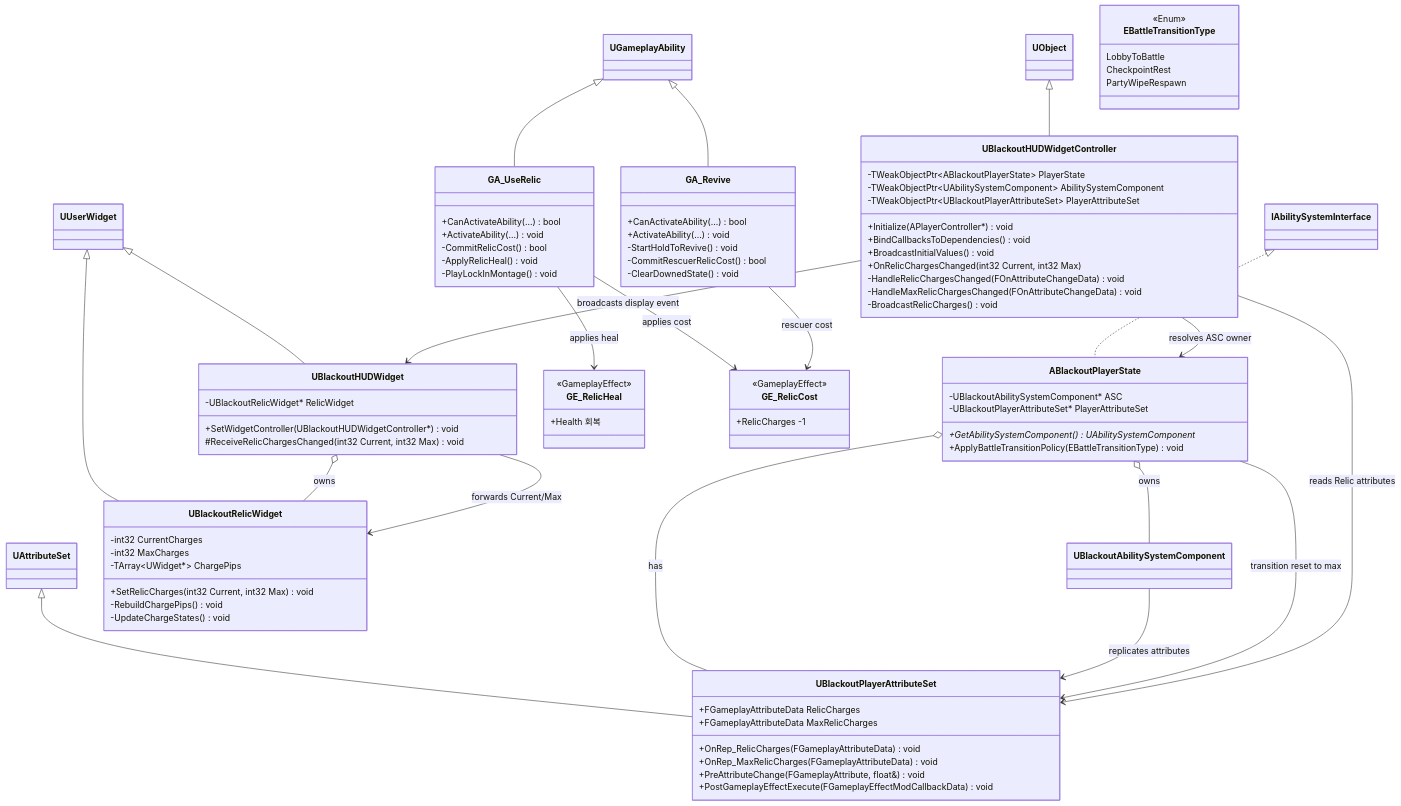
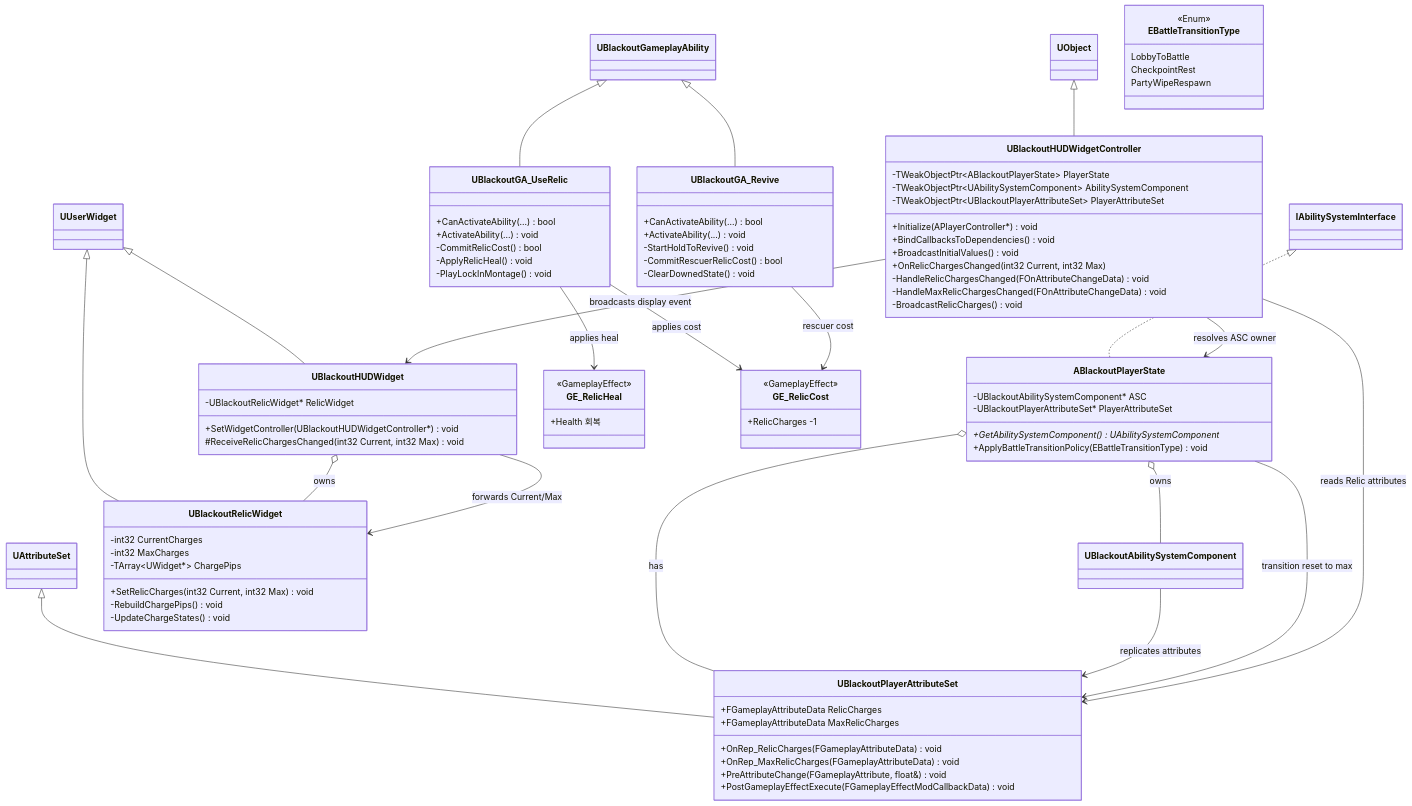
The first of 3 diagrams in Docs/UI/02_Relic_HUD_Binding.md (seongwon1579/ProjectBlackout), drawn with Mermaid before and after one commit. The commit also changed other lines of this file and 24 other files, not shown here.

Commit message:
Docs: 클래스 다이어그램 최신화

```diff
--- a/Docs/UI/02_Relic_HUD_Binding.md
+++ b/Docs/UI/02_Relic_HUD_Binding.md
@@ -9,8 +9,8 @@
 
     IAbilitySystemInterface <|.. ABlackoutPlayerState
     UAttributeSet <|-- UBlackoutPlayerAttributeSet
-    UGameplayAbility <|-- GA_UseRelic
-    UGameplayAbility <|-- GA_Revive
+    UBlackoutGameplayAbility <|-- UBlackoutGA_UseRelic
+    UBlackoutGameplayAbility <|-- UBlackoutGA_Revive
     UUserWidget <|-- UBlackoutHUDWidget
     UUserWidget <|-- UBlackoutRelicWidget
     UObject <|-- UBlackoutHUDWidgetController
@@ -31,7 +31,7 @@
         +PostGameplayEffectExecute(FGameplayEffectModCallbackData) void
     }
 
-    class GA_UseRelic {
+    class UBlackoutGA_UseRelic {
         +CanActivateAbility(...) bool
         +ActivateAbility(...) void
         -CommitRelicCost() bool
@@ -39,7 +39,7 @@
         -PlayLockInMontage() void
     }
 
-    class GA_Revive {
+    class UBlackoutGA_Revive {
         +CanActivateAbility(...) bool
         +ActivateAbility(...) void
         -StartHoldToRevive() void
@@ -95,9 +95,9 @@
     ABlackoutPlayerState o-- UBlackoutAbilitySystemComponent : owns
     ABlackoutPlayerState o-- UBlackoutPlayerAttributeSet : has
     UBlackoutAbilitySystemComponent --> UBlackoutPlayerAttributeSet : replicates attributes
-    GA_UseRelic --> GE_RelicCost : applies cost
-    GA_UseRelic --> GE_RelicHeal : applies heal
-    GA_Revive --> GE_RelicCost : rescuer cost
+    UBlackoutGA_UseRelic --> GE_RelicCost : applies cost
+    UBlackoutGA_UseRelic --> GE_RelicHeal : applies heal
+    UBlackoutGA_Revive --> GE_RelicCost : rescuer cost
     ABlackoutPlayerState --> UBlackoutPlayerAttributeSet : transition reset to max
     UBlackoutHUDWidgetController --> ABlackoutPlayerState : resolves ASC owner
     UBlackoutHUDWidgetController --> UBlackoutPlayerAttributeSet : reads Relic attributes
```
